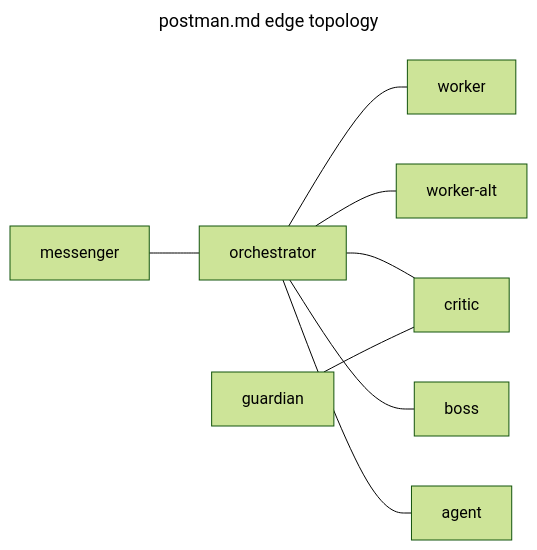
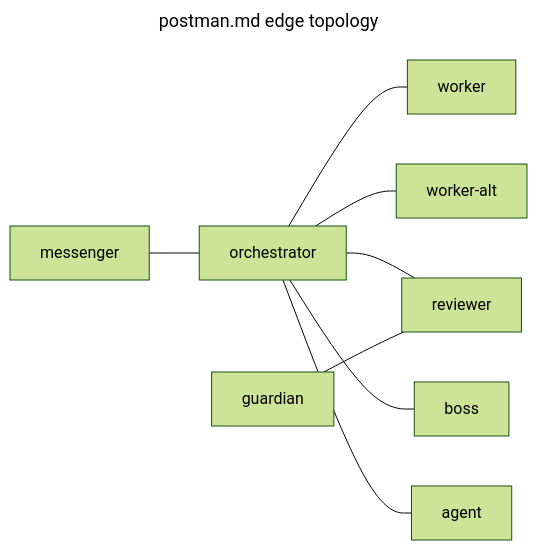
The second of 2 diagrams in README.md (i9wa4/tmux-a2a-postman), drawn with Mermaid (forest theme) before and after one commit. The commit also changed other lines of this file, not shown here.

Commit message:
docs: clarify readme architecture examples

````diff
--- a/README.md
+++ b/README.md
@@ -152,13 +161,13 @@
 ```mermaid
 ---
 title: postman.md edge topology
 ---
 graph LR
     messenger --- orchestrator
     orchestrator --- worker
     orchestrator --- worker-alt
-    orchestrator --- critic
+    orchestrator --- reviewer
     orchestrator --- boss
-    guardian --- critic
+    guardian --- reviewer
     orchestrator --- agent
 ```
````
